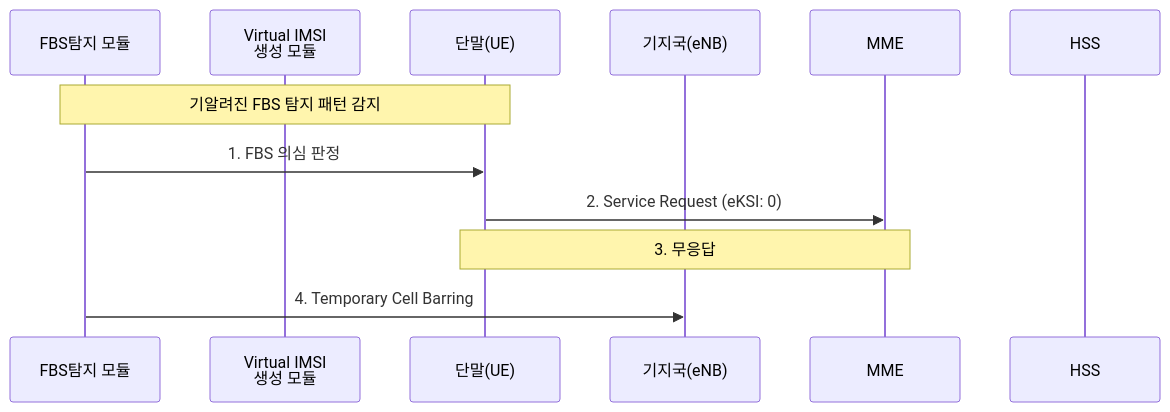
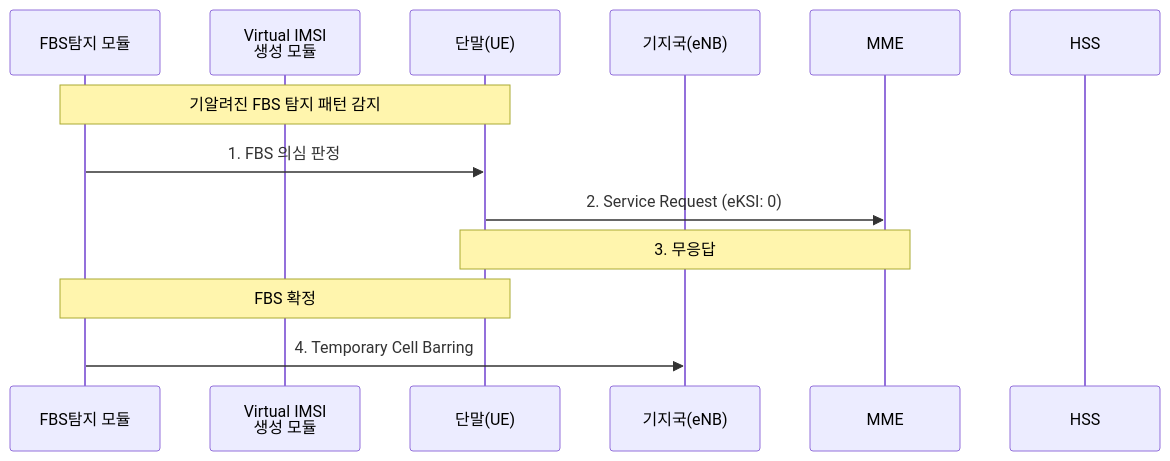
The second of 3 diagrams in sequence.md (brianrobo/new-idea-flow), drawn with Mermaid before and after one commit. The commit also changed other lines of this file, not shown here.

````diff
--- a/sequence.md
+++ b/sequence.md
@@ -23,15 +23,16 @@
 ```mermaid
 sequenceDiagram
     participant FBS as FBS탐지 모듈
     participant VIMSI as Virtual IMSI<br/>생성 모듈
     participant UE as 단말(UE)
     participant eNB as 기지국(eNB)
     participant MME as MME
     participant HSS as HSS
 
     Note over FBS,UE: 기알려진 FBS 탐지 패턴 감지
     FBS->>UE: 1. FBS 의심 판정
     UE->>MME: 2. Service Request (eKSI: 0)
     Note over MME,UE: 3. 무응답
+    Note over FBS,UE: FBS 확정
     FBS->>eNB: 4. Temporary Cell Barring
 ```
````
